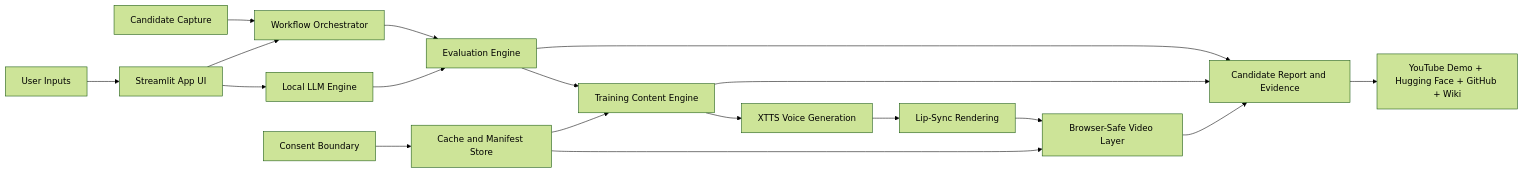
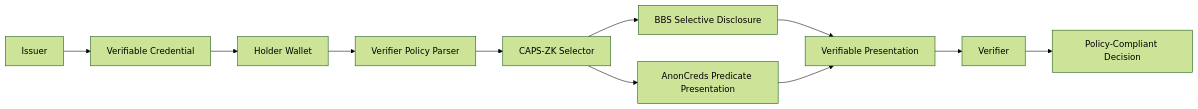
The first of 2 diagrams in src/content/posts/ASHU Mentor AI Studio/ashu-mentor-ai-studio.md (dranubhaparashar/projects), drawn with Mermaid (forest theme) before and after one commit. The commit also changed other lines of this file, not shown here.

````diff
--- a/src/content/posts/ASHU Mentor AI Studio/ashu-mentor-ai-studio.md
+++ b/src/content/posts/ASHU Mentor AI Studio/ashu-mentor-ai-studio.md
@@ -138,24 +116,17 @@
 ```mermaid
 flowchart LR
-    U[User Inputs] --> UI[Streamlit App UI]
-    CAP[Candidate Capture] --> ORCH[Workflow Orchestrator]
-    CONSENT[Consent Boundary] --> STORE[Cache and Manifest Store]
+    I[Issuer] --> C[Verifiable Credential]
+    C --> W[Holder Wallet]
 
-    UI --> ORCH
-    UI --> LLM[Local LLM Engine]
-    ORCH --> EVAL[Evaluation Engine]
-    LLM --> EVAL
-    EVAL --> TRAIN[Training Content Engine]
+    W --> P[Verifier Policy Parser]
+    P --> S[CAPS-ZK Selector]
 
-    TRAIN --> VOICE[XTTS Voice Generation]
-    VOICE --> LIP[Lip-Sync Rendering]
-    LIP --> VIDEO[Browser-Safe Video Layer]
+    S --> BBS[BBS Selective Disclosure]
+    S --> AC[AnonCreds Predicate Presentation]
 
-    STORE --> TRAIN
-    STORE --> VIDEO
+    BBS --> VP[Verifiable Presentation]
+    AC --> VP
 
-    EVAL --> OUT[Candidate Report and Evidence]
-    TRAIN --> OUT
-    VIDEO --> OUT
-    OUT --> DEPLOY[YouTube Demo + Hugging Face + GitHub + Wiki]
+    VP --> V[Verifier]
+    V --> R[Policy-Compliant Decision]
 ```
````
